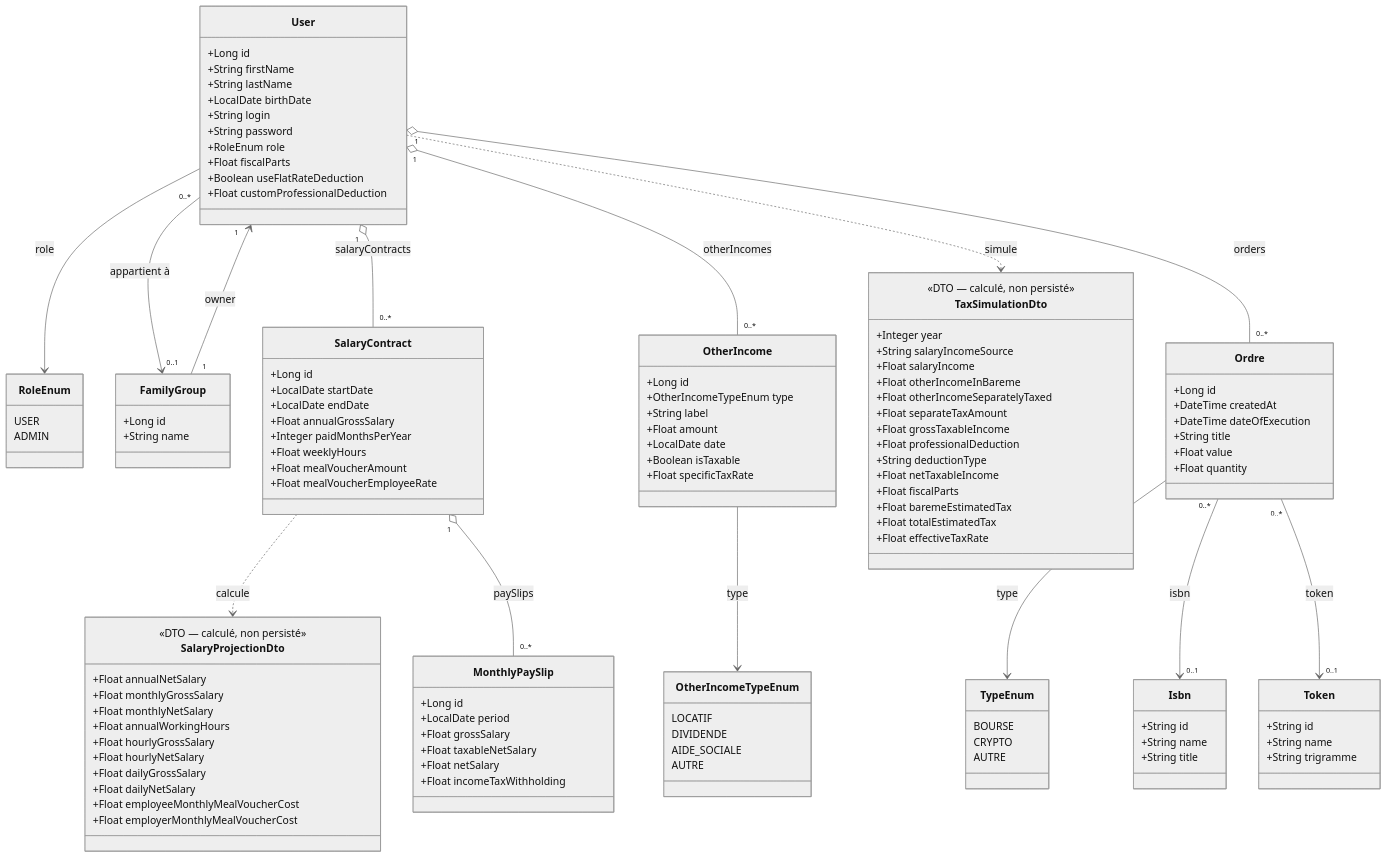
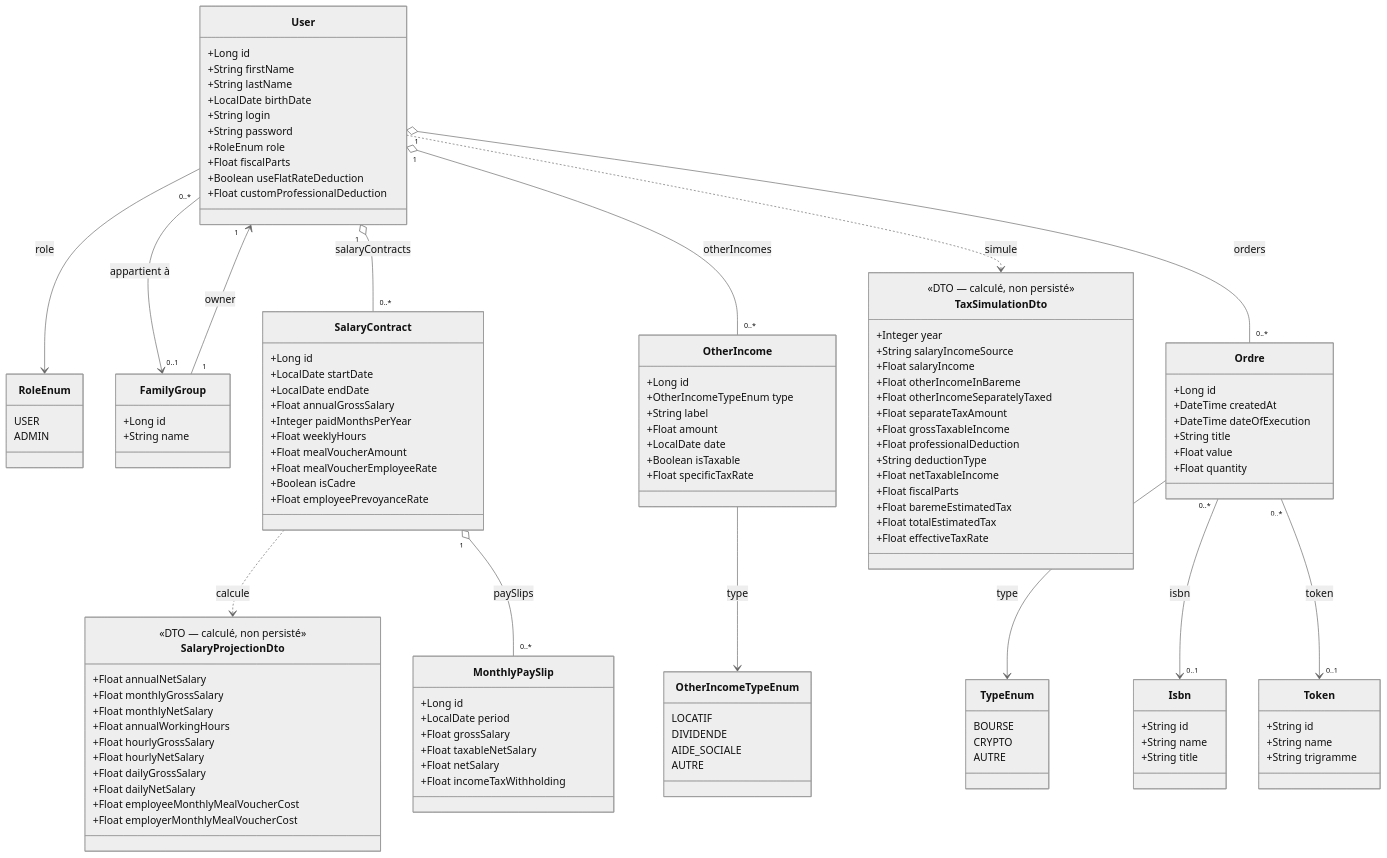
The diagram in docs/architecture/diagram/class-diagram.mmd (Neogost/MyFinance), drawn with Mermaid (neutral theme) before and after one commit. The commit also changed 2 other files, not shown here.

```diff
--- a/docs/architecture/diagram/class-diagram.mmd
+++ b/docs/architecture/diagram/class-diagram.mmd
@@ -1,149 +1,151 @@
 classDiagram
 
     %% ── Utilisateurs ──────────────────────────────────────────
     class User {
         +Long id
         +String firstName
         +String lastName
         +LocalDate birthDate
         +String login
         +String password
         +RoleEnum role
         +Float fiscalParts
         +Boolean useFlatRateDeduction
         +Float customProfessionalDeduction
     }
 
     class RoleEnum {
         USER
         ADMIN
     }
 
     class FamilyGroup {
         +Long id
         +String name
     }
 
     %% ── Revenus salariaux — vue théorique ─────────────────────
     class SalaryContract {
         +Long id
         +LocalDate startDate
         +LocalDate endDate
         +Float annualGrossSalary
         +Integer paidMonthsPerYear
         +Float weeklyHours
         +Float mealVoucherAmount
         +Float mealVoucherEmployeeRate
+        +Boolean isCadre
+        +Float employeePrevoyanceRate
     }
 
     class SalaryProjectionDto {
         <<DTO — calculé, non persisté>>
         +Float annualNetSalary
         +Float monthlyGrossSalary
         +Float monthlyNetSalary
         +Float annualWorkingHours
         +Float hourlyGrossSalary
         +Float hourlyNetSalary
         +Float dailyGrossSalary
         +Float dailyNetSalary
         +Float employeeMonthlyMealVoucherCost
         +Float employerMonthlyMealVoucherCost
     }
 
     %% ── Revenus salariaux — bulletins réels ───────────────────
     class MonthlyPaySlip {
         +Long id
         +LocalDate period
         +Float grossSalary
         +Float taxableNetSalary
         +Float netSalary
         +Float incomeTaxWithholding
     }
 
     %% ── Revenus non salariés ──────────────────────────────────
     class OtherIncome {
         +Long id
         +OtherIncomeTypeEnum type
         +String label
         +Float amount
         +LocalDate date
         +Boolean isTaxable
         +Float specificTaxRate
     }
 
     %% ── Simulateur des impôts ─────────────────────────────────
     class TaxSimulationDto {
         <<DTO — calculé, non persisté>>
         +Integer year
         +String salaryIncomeSource
         +Float salaryIncome
         +Float otherIncomeInBareme
         +Float otherIncomeSeparatelyTaxed
         +Float separateTaxAmount
         +Float grossTaxableIncome
         +Float professionalDeduction
         +String deductionType
         +Float netTaxableIncome
         +Float fiscalParts
         +Float baremeEstimatedTax
         +Float totalEstimatedTax
         +Float effectiveTaxRate
     }
 
     class OtherIncomeTypeEnum {
         LOCATIF
         DIVIDENDE
         AIDE_SOCIALE
         AUTRE
     }
 
     %% ── Ordres / Positions ────────────────────────────────────
     class Ordre {
         +Long id
         +DateTime createdAt
         +DateTime dateOfExecution
         +String title
         +Float value
         +Float quantity
     }
 
     class TypeEnum {
         BOURSE
         CRYPTO
         AUTRE
     }
 
     class Isbn {
         +String id
         +String name
         +String title
     }
 
     class Token {
         +String id
         +String name
         +String trigramme
     }
 
     %% ── Relations utilisateurs ────────────────────────────────
     User --> RoleEnum : role
     User "0..*" --> "0..1" FamilyGroup : appartient à
     FamilyGroup "1" --> "1" User : owner
 
     %% ── Relations revenus salariaux ───────────────────────────
     User "1" o-- "0..*" SalaryContract : salaryContracts
     SalaryContract ..> SalaryProjectionDto : calcule
     SalaryContract "1" o-- "0..*" MonthlyPaySlip : paySlips
 
     %% ── Relations revenus non salariés ───────────────────────
     User "1" o-- "0..*" OtherIncome : otherIncomes
     OtherIncome --> OtherIncomeTypeEnum : type
 
     %% ── Relations simulateur des impôts ───────────────────────
     User ..> TaxSimulationDto : simule
 
     %% ── Relations ordres ──────────────────────────────────────
     User "1" o-- "0..*" Ordre : orders
     Ordre --> TypeEnum : type
     Ordre "0..*" --> "0..1" Isbn : isbn
     Ordre "0..*" --> "0..1" Token : token
```
